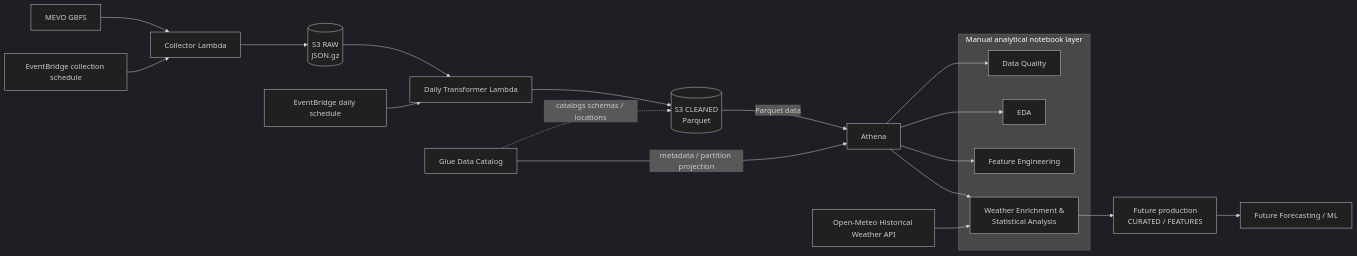
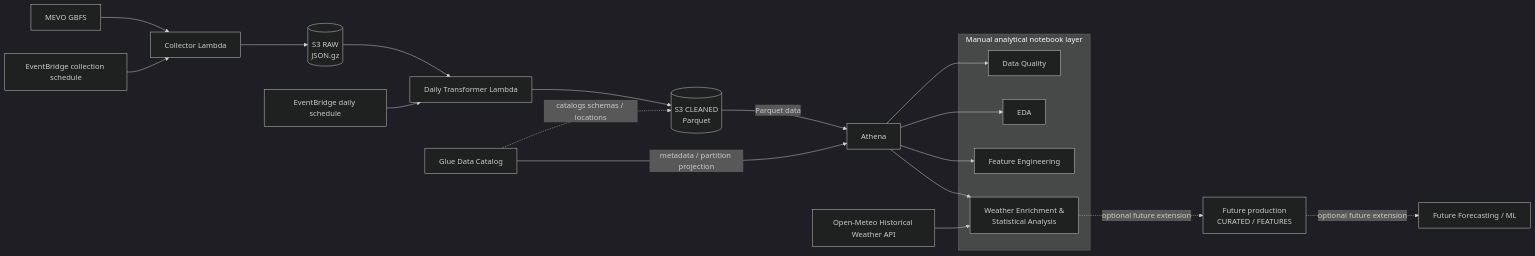
Before and after one commit to s194586/mevo-urban-mobility-analytics: the diagram in README.md, drawn with Mermaid (dark theme). The commit also changed other lines of this file and 4 other files, not shown here.

````diff
--- a/README.md
+++ b/README.md
@@ -9,40 +11,40 @@
 ```mermaid
 flowchart LR
     GBFS[MEVO GBFS]
     COLLECT_SCHEDULE[EventBridge collection schedule]
     TRANSFORM_SCHEDULE[EventBridge daily schedule]
     COLLECTOR[Collector Lambda]
     RAW[(S3 RAW<br/>JSON.gz)]
     TRANSFORMER[Daily Transformer Lambda]
     CLEANED[(S3 CLEANED<br/>Parquet)]
     GLUE[Glue Data Catalog]
     ATHENA[Athena]
     OPEN_METEO[Open-Meteo Historical Weather API]
 
     subgraph NOTEBOOKS[Manual analytical notebook layer]
         DQ[Data Quality]
         EDA[EDA]
         FE[Feature Engineering]
         WEATHER[Weather Enrichment &<br/>Statistical Analysis]
     end
 
     FEATURES[Future production<br/>CURATED / FEATURES]
     ML[Future Forecasting / ML]
 
     GBFS --> COLLECTOR
     COLLECT_SCHEDULE --> COLLECTOR
     COLLECTOR --> RAW
     RAW --> TRANSFORMER
     TRANSFORM_SCHEDULE --> TRANSFORMER
     TRANSFORMER --> CLEANED
     CLEANED -->|Parquet data| ATHENA
     GLUE -. catalogs schemas / locations .-> CLEANED
     GLUE -->|metadata / partition projection| ATHENA
     ATHENA --> DQ
     ATHENA --> EDA
     ATHENA --> FE
     ATHENA --> WEATHER
     OPEN_METEO --> WEATHER
-    WEATHER --> FEATURES
-    FEATURES --> ML
+    WEATHER -. optional future extension .-> FEATURES
+    FEATURES -. optional future extension .-> ML
 ```
````
